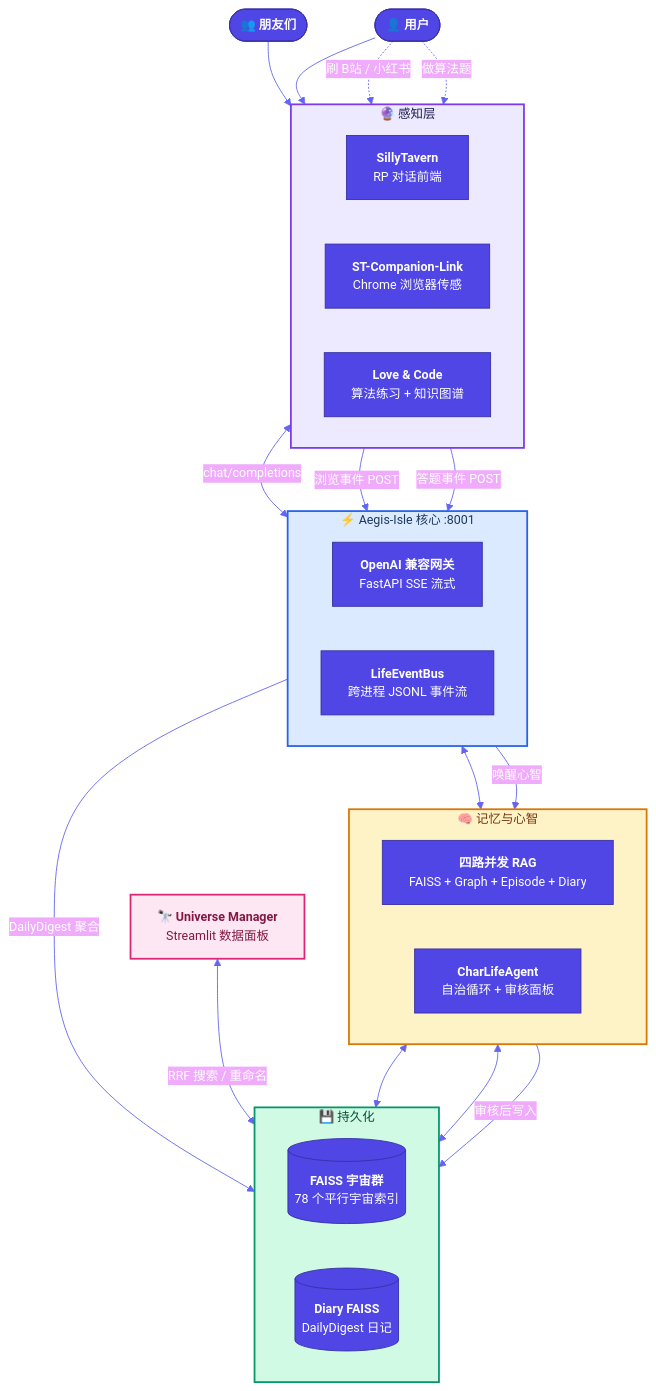
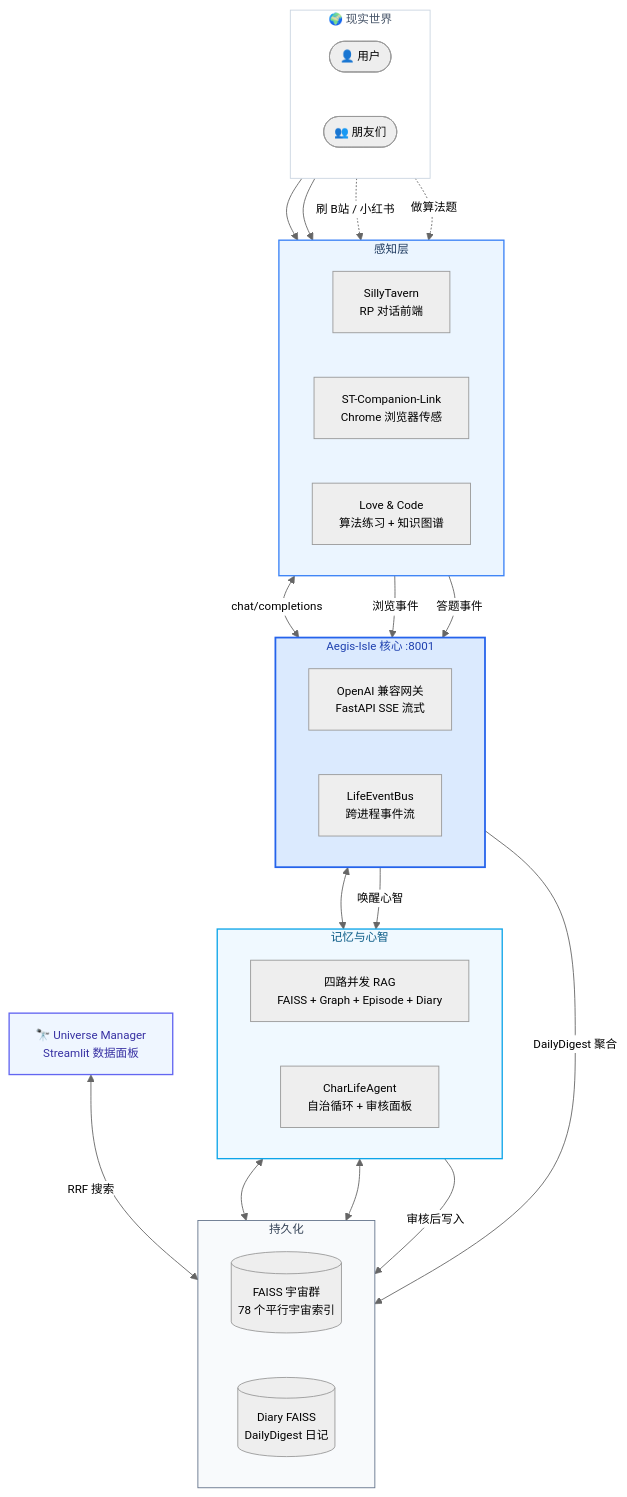
Before and after one commit to gabby1111111111/bubby-and-premitted-land: the diagram in README.md, drawn with Mermaid. The commit also changed other lines of this file and 1 other file, not shown here.

Commit message:
refactor: Clean white-blue architecture, compact layout, repo links at bottom

````diff
--- a/README.md
+++ b/README.md
@@ -44,60 +24,71 @@
 ```mermaid
-%%{init: {'theme': 'base', 'themeVariables': { 'primaryColor': '#4F46E5', 'primaryTextColor': '#fff', 'primaryBorderColor': '#3730A3', 'lineColor': '#6366F1', 'secondaryColor': '#F0ABFC', 'tertiaryColor': '#FEF3C7', 'fontSize': '14px' }}}%%
+%%{init: {'theme': 'neutral', 'themeVariables': { 'fontSize': '13px' }}}%%
 
 flowchart TB
 
-    User(["<b>👤 用户</b>"])
-    Friends(["<b>👥 朋友们</b>"])
-
-    subgraph SENSE ["🔮 感知层"]
+    subgraph REAL ["🌍 现实世界"]
         direction LR
-        ST["<b>SillyTavern</b><br/>RP 对话前端"]
-        CL["<b>ST-Companion-Link</b><br/>Chrome 浏览器传感"]
-        LC["<b>Love & Code</b><br/>算法练习 + 知识图谱"]
+        User(["👤 用户"])
+        Friends(["👥 朋友们"])
     end
 
-    subgraph CORE ["⚡ Aegis-Isle 核心 :8001"]
+    subgraph SENSE ["感知层"]
         direction LR
-        API["<b>OpenAI 兼容网关</b><br/>FastAPI SSE 流式"]
-        BUS["<b>LifeEventBus</b><br/>跨进程 JSONL 事件流"]
+        ST["SillyTavern<br/>RP 对话前端"]
+        CL["ST-Companion-Link<br/>Chrome 浏览器传感"]
+        LC["Love & Code<br/>算法练习 + 知识图谱"]
     end
 
-    subgraph BRAIN ["🧠 记忆与心智"]
+    subgraph CORE ["Aegis-Isle 核心 :8001"]
         direction LR
-        RAG["<b>四路并发 RAG</b><br/>FAISS + Graph + Episode + Diary"]
-        AGENT["<b>CharLifeAgent</b><br/>自治循环 + 审核面板"]
+        API["OpenAI 兼容网关<br/>FastAPI SSE 流式"]
+        BUS["LifeEventBus<br/>跨进程事件流"]
     end
 
-    subgraph DATA ["💾 持久化"]
+    subgraph BRAIN ["记忆与心智"]
         direction LR
-        FAISS[("<b>FAISS 宇宙群</b><br/>78 个平行宇宙索引")]
-        DIARY[("<b>Diary FAISS</b><br/>DailyDigest 日记")]
+        RAG["四路并发 RAG<br/>FAISS + Graph + Episode + Diary"]
+        AGENT["CharLifeAgent<br/>自治循环 + 审核面板"]
     end
 
-    UM["<b>🔭 Universe Manager</b><br/>Streamlit 数据面板"]
+    subgraph DATA ["持久化"]
+        direction LR
+        FAISS[("FAISS 宇宙群<br/>78 个平行宇宙索引")]
+        DIARY[("Diary FAISS<br/>DailyDigest 日记")]
+    end
+
+    UM["🔭 Universe Manager<br/>Streamlit 数据面板"]
 
     User --> ST
     Friends --> ST
     User -.->|"刷 B站 / 小红书"| CL
     User -.->|"做算法题"| LC
 
     ST <-->|"chat/completions"| API
-    CL -->|"浏览事件 POST"| BUS
-    LC -->|"答题事件 POST"| BUS
+    CL -->|"浏览事件"| BUS
+    LC -->|"答题事件"| BUS
 
     API <--> RAG
     RAG <--> FAISS
     RAG <--> DIARY
 
     BUS -->|"DailyDigest 聚合"| DIARY
     BUS -->|"唤醒心智"| AGENT
     AGENT -->|"审核后写入"| DIARY
 
-    UM <-->|"RRF 搜索 / 重命名"| FAISS
+    UM <-->|"RRF 搜索"| FAISS
 
-    style SENSE fill:#EDE9FE,stroke:#7C3AED,stroke-width:2px,color:#1E1B4B
-    style CORE fill:#DBEAFE,stroke:#2563EB,stroke-width:2px,color:#1E3A5F
-    style BRAIN fill:#FEF3C7,stroke:#D97706,stroke-width:2px,color:#78350F
-    style DATA fill:#D1FAE5,stroke:#059669,stroke-width:2px,color:#064E3B
-    style UM fill:#FCE7F3,stroke:#DB2777,stroke-width:2px,color:#831843
+    classDef sense fill:#EBF5FF,stroke:#3B82F6,stroke-width:1.5px,color:#1E3A5F
+    classDef core fill:#DBEAFE,stroke:#2563EB,stroke-width:2px,color:#1E40AF
+    classDef brain fill:#F0F9FF,stroke:#0EA5E9,stroke-width:1.5px,color:#075985
+    classDef data fill:#F8FAFC,stroke:#64748B,stroke-width:1px,color:#334155
+    classDef real fill:#FFFFFF,stroke:#CBD5E1,stroke-width:1px,color:#475569
+    classDef panel fill:#EFF6FF,stroke:#6366F1,stroke-width:1.5px,color:#3730A3
+
+    class SENSE sense
+    class CORE core
+    class BRAIN brain
+    class DATA data
+    class REAL real
+    class UM panel
 ```
````
